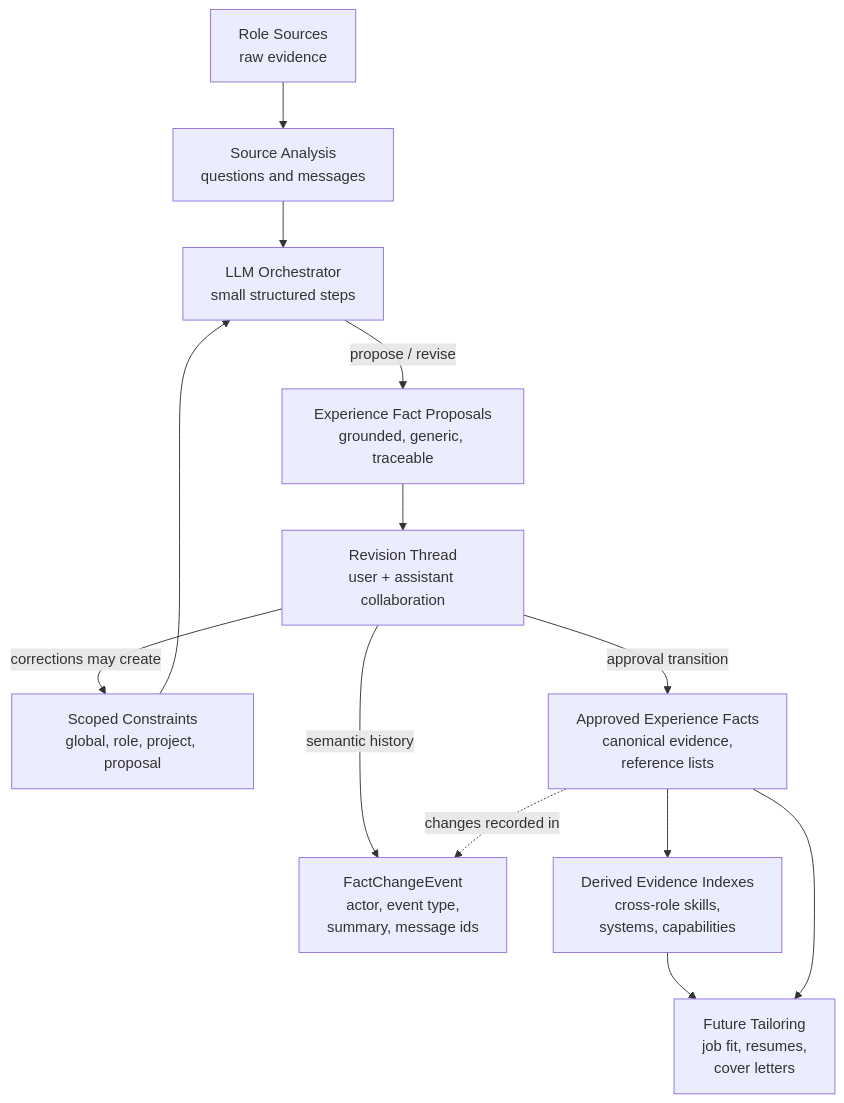
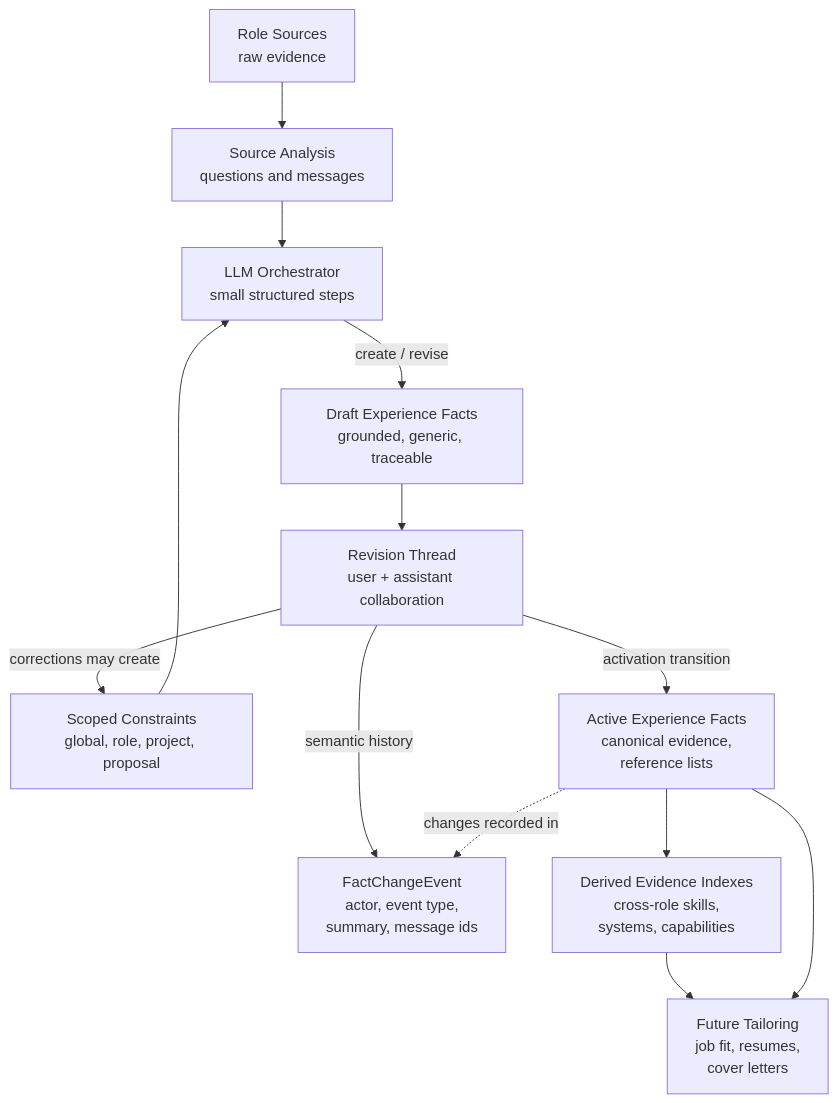
The sixth of 8 diagrams in docs/diagrams.md (rsauers0/career-agent), drawn with Mermaid before and after one commit. The commit also changed other lines of this file and 3 other files, not shown here.

First line of the commit message:
Document experience fact lifecycle rules

````diff
--- a/docs/diagrams.md
+++ b/docs/diagrams.md
@@ -129,26 +129,26 @@
 ```mermaid
 flowchart TD
     RawSources["Role Sources<br/>raw evidence"]
     Analysis["Source Analysis<br/>questions and messages"]
     Orchestrator["LLM Orchestrator<br/>small structured steps"]
     Constraints["Scoped Constraints<br/>global, role, project, proposal"]
-    FactProposals["Experience Fact Proposals<br/>grounded, generic, traceable"]
+    DraftFacts["Draft Experience Facts<br/>grounded, generic, traceable"]
     Revision["Revision Thread<br/>user + assistant collaboration"]
     Events["FactChangeEvent<br/>actor, event type,<br/>summary, message ids"]
-    ApprovedFacts["Approved Experience Facts<br/>canonical evidence,<br/>reference lists"]
+    ActiveFacts["Active Experience Facts<br/>canonical evidence,<br/>reference lists"]
     Derived["Derived Evidence Indexes<br/>cross-role skills,<br/>systems, capabilities"]
     Tailoring["Future Tailoring<br/>job fit, resumes,<br/>cover letters"]
 
     RawSources --> Analysis
     Analysis --> Orchestrator
     Constraints --> Orchestrator
-    Orchestrator -->|"propose / revise"| FactProposals
-    FactProposals --> Revision
+    Orchestrator -->|"create / revise"| DraftFacts
+    DraftFacts --> Revision
     Revision -->|"corrections may create"| Constraints
     Revision -->|"semantic history"| Events
-    Revision -->|"approval transition"| ApprovedFacts
-    ApprovedFacts -. "changes recorded in" .-> Events
-    ApprovedFacts --> Derived
+    Revision -->|"activation transition"| ActiveFacts
+    ActiveFacts -. "changes recorded in" .-> Events
+    ActiveFacts --> Derived
     Derived --> Tailoring
-    ApprovedFacts --> Tailoring
+    ActiveFacts --> Tailoring
 ```
````
